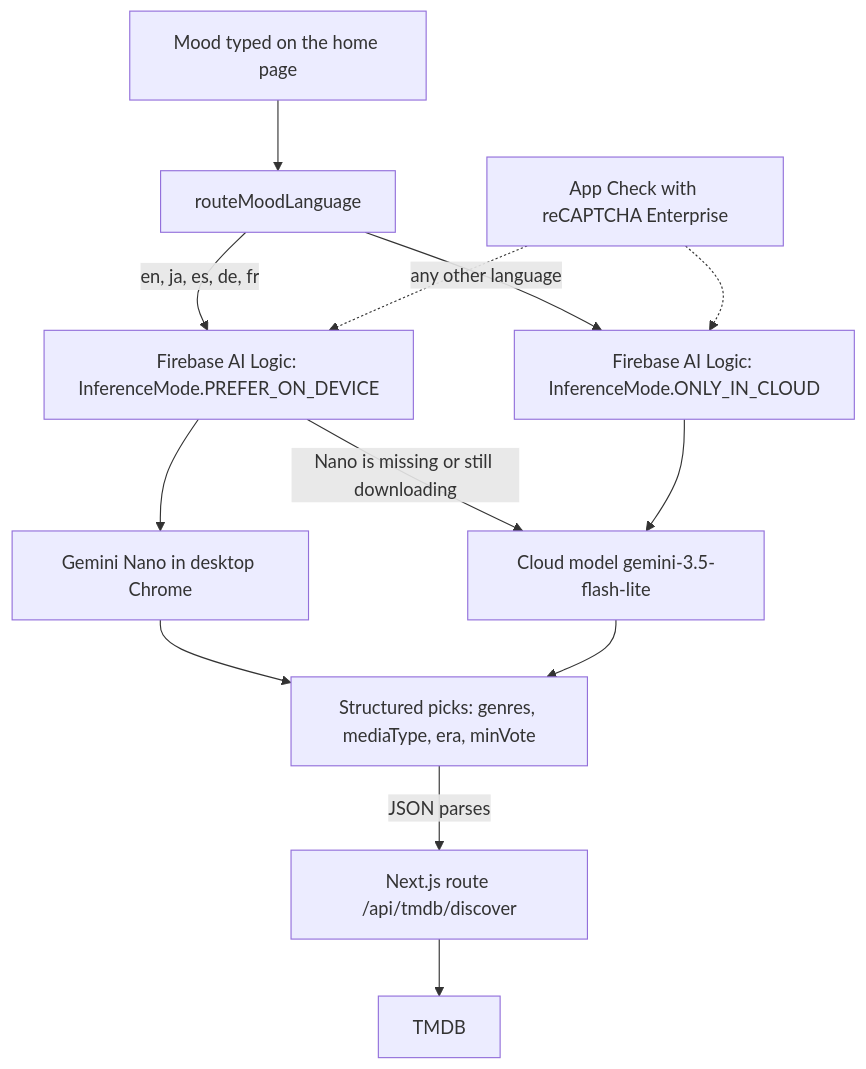
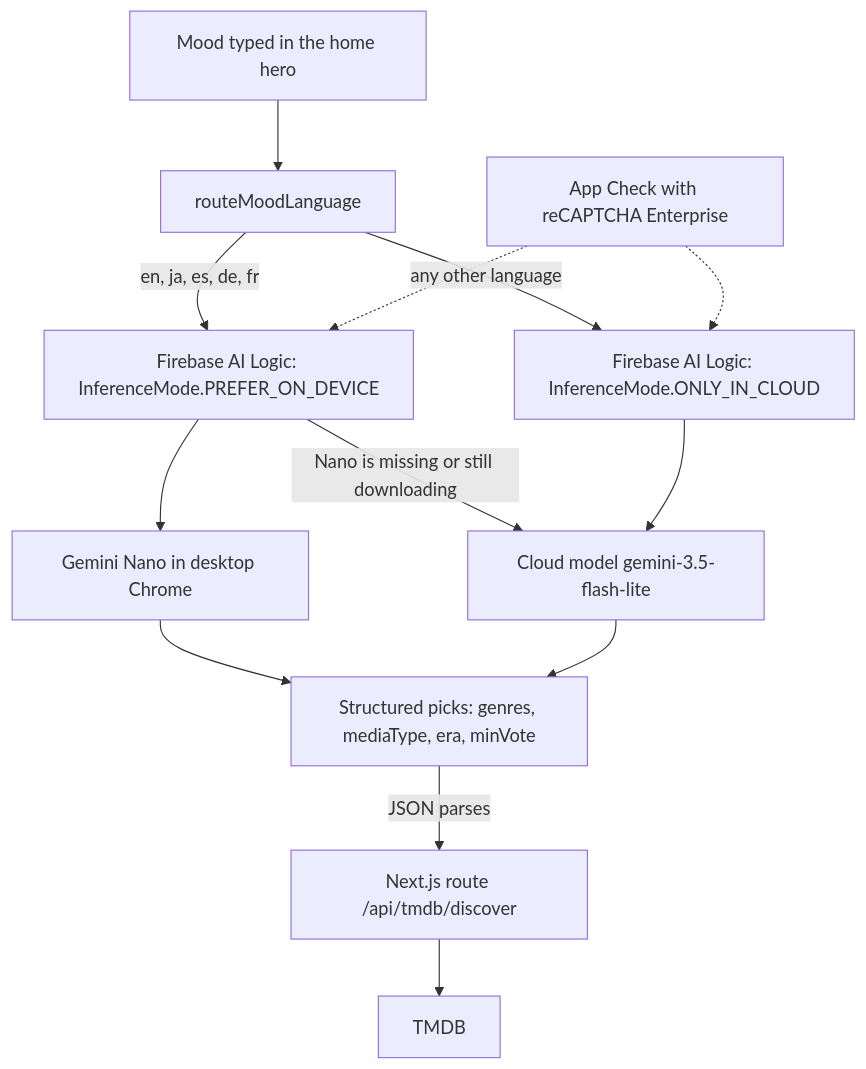
Before and after one commit to Chrisleo-16/moodcut-ai: the diagram in README.md, drawn with Mermaid. The commit also changed other lines of this file and 6 other files, not shown here.

First line of the commit message:
Make mood search the home page hero.

````diff
--- a/README.md
+++ b/README.md
@@ -47,26 +47,26 @@
 ```mermaid
 flowchart TD
-  mood["Mood typed on the home page"]
+  mood["Mood typed in the home hero"]
   lang["routeMoodLanguage"]
   prefer["Firebase AI Logic: InferenceMode.PREFER_ON_DEVICE"]
   onlyCloud["Firebase AI Logic: InferenceMode.ONLY_IN_CLOUD"]
   nano["Gemini Nano in desktop Chrome"]
   cloud["Cloud model gemini-3.5-flash-lite"]
   plan["Structured picks: genres, mediaType, era, minVote"]
   api["Next.js route /api/tmdb/discover"]
   tmdb["TMDB"]
   appcheck["App Check with reCAPTCHA Enterprise"]
 
   mood --> lang
   lang -->|"en, ja, es, de, fr"| prefer
   lang -->|"any other language"| onlyCloud
   appcheck -.-> prefer
   appcheck -.-> onlyCloud
   prefer --> nano
   prefer -->|"Nano is missing or still downloading"| cloud
   onlyCloud --> cloud
   nano --> plan
   cloud --> plan
   plan -->|"JSON parses"| api
   api --> tmdb
 ```
````
